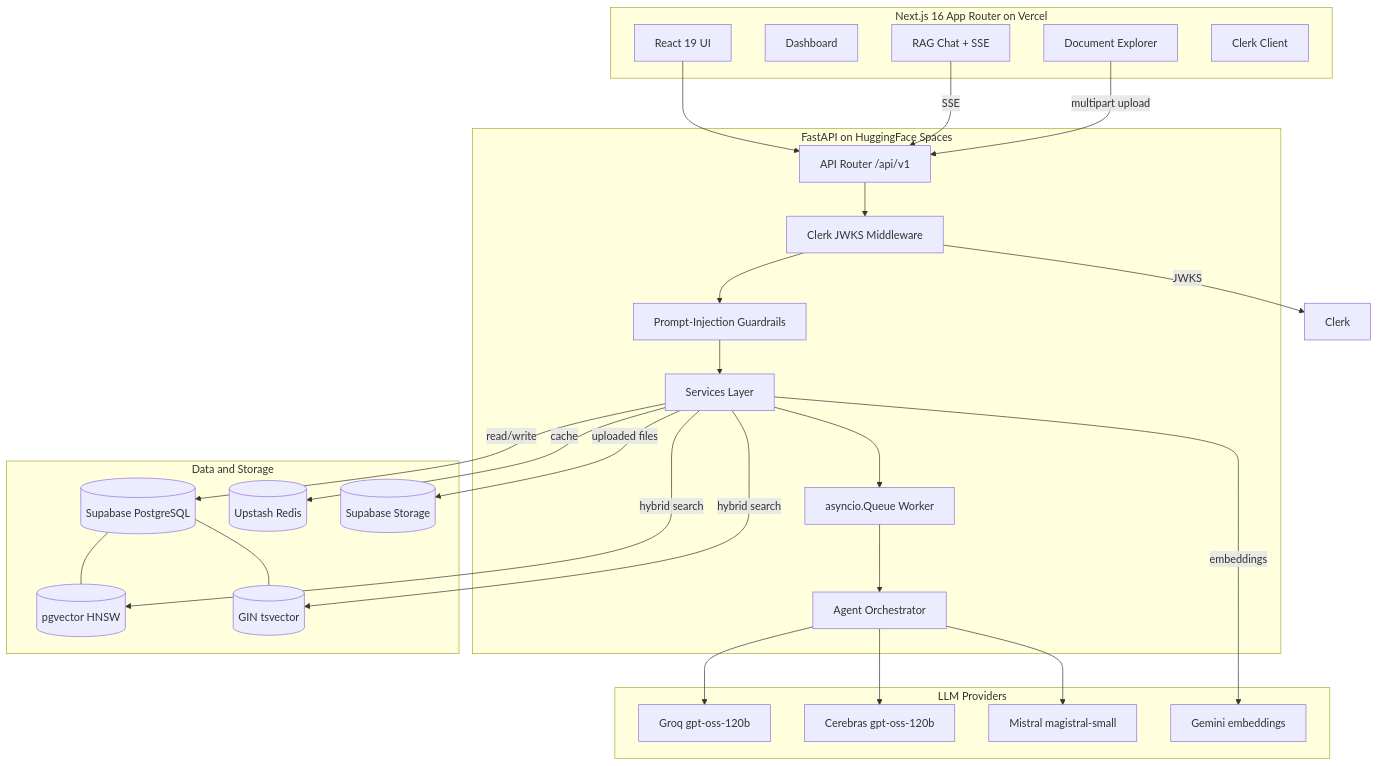
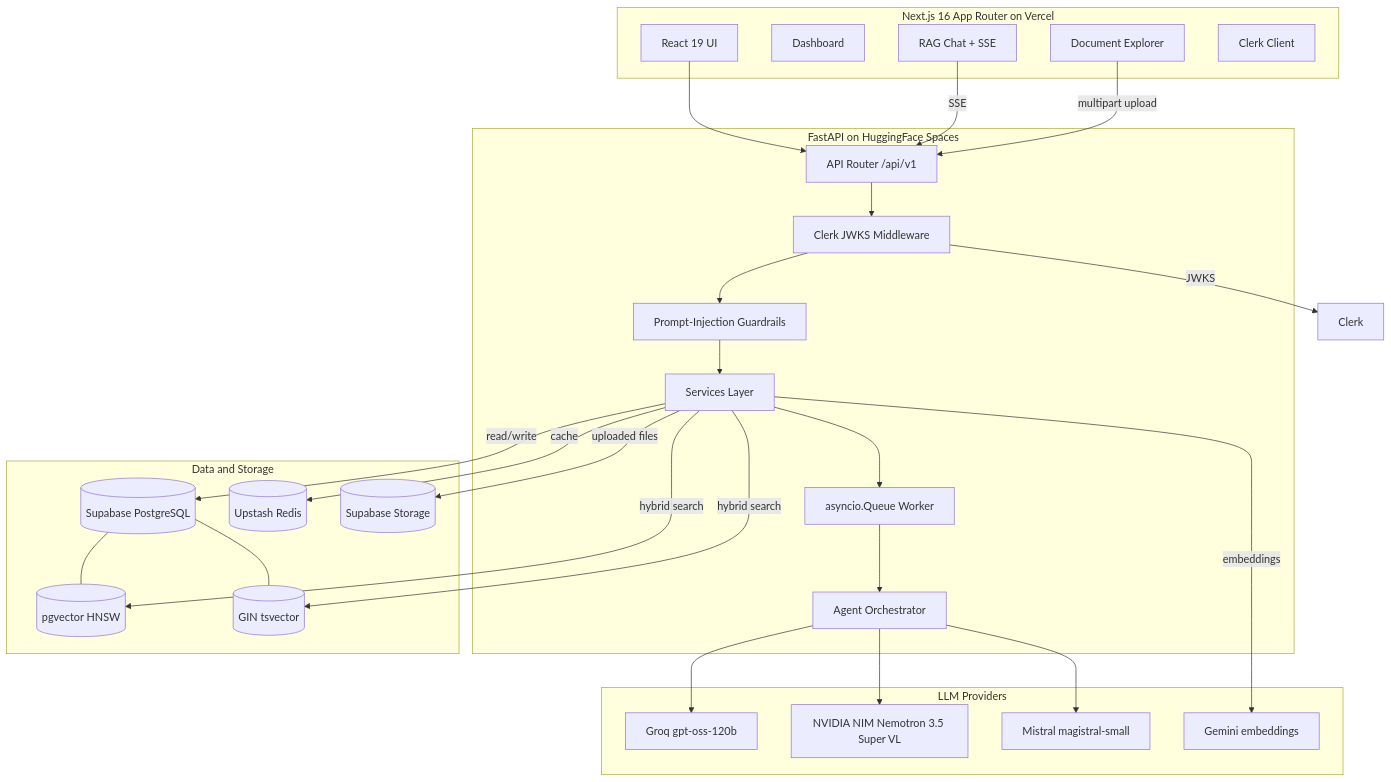
One commit to Iammilansoni/MiningNiti changed the first of 3 diagrams in ARCHITECTURE.md. Above: the diagram before and after it, drawn with Mermaid. The commit also changed other lines of this file and 23 other files, not shown here.

Commit message:
feat(llm): replace Cerebras with NVIDIA NIM across agents, docs, and workflows

````diff
--- a/ARCHITECTURE.md
+++ b/ARCHITECTURE.md
@@ -11,54 +11,54 @@
 ```mermaid
 graph TD
     subgraph Frontend [Next.js 16 App Router on Vercel]
         UI[React 19 UI]
         Dash[Dashboard]
         Doc[Document Explorer]
         Chat[RAG Chat + SSE]
         Auth1[Clerk Client]
     end
 
     subgraph Backend [FastAPI on HuggingFace Spaces]
         API[API Router /api/v1]
         Auth2[Clerk JWKS Middleware]
         Guard[Prompt-Injection Guardrails]
         Serv[Services Layer]
         Queue[asyncio.Queue Worker]
         Agent[Agent Orchestrator]
     end
 
     subgraph Data [Data and Storage]
         PG[(Supabase PostgreSQL)]
         Vect[(pgvector HNSW)]
         FTS[(GIN tsvector)]
         Redis[(Upstash Redis)]
         Blob[(Supabase Storage)]
         PG --- Vect
         PG --- FTS
     end
 
     subgraph External [LLM Providers]
         Groq[Groq gpt-oss-120b]
-        Cerebras[Cerebras gpt-oss-120b]
+        NVIDIA[NVIDIA NIM Nemotron 3.5 Super VL]
         Mistral[Mistral magistral-small]
         Gemini[Gemini embeddings]
     end
 
     UI --> API
     Chat -- SSE --> API
     Doc -- multipart upload --> API
 
     API --> Auth2 --> Guard --> Serv
     Serv --> Queue --> Agent
     Serv -- read/write --> PG
     Serv -- hybrid search --> Vect
     Serv -- hybrid search --> FTS
     Serv -- cache --> Redis
     Serv -- uploaded files --> Blob
 
     Agent --> Groq
-    Agent --> Cerebras
+    Agent --> NVIDIA
     Agent --> Mistral
     Serv -- embeddings --> Gemini
     Auth2 -- JWKS --> Clerk[Clerk]
 ```
````
